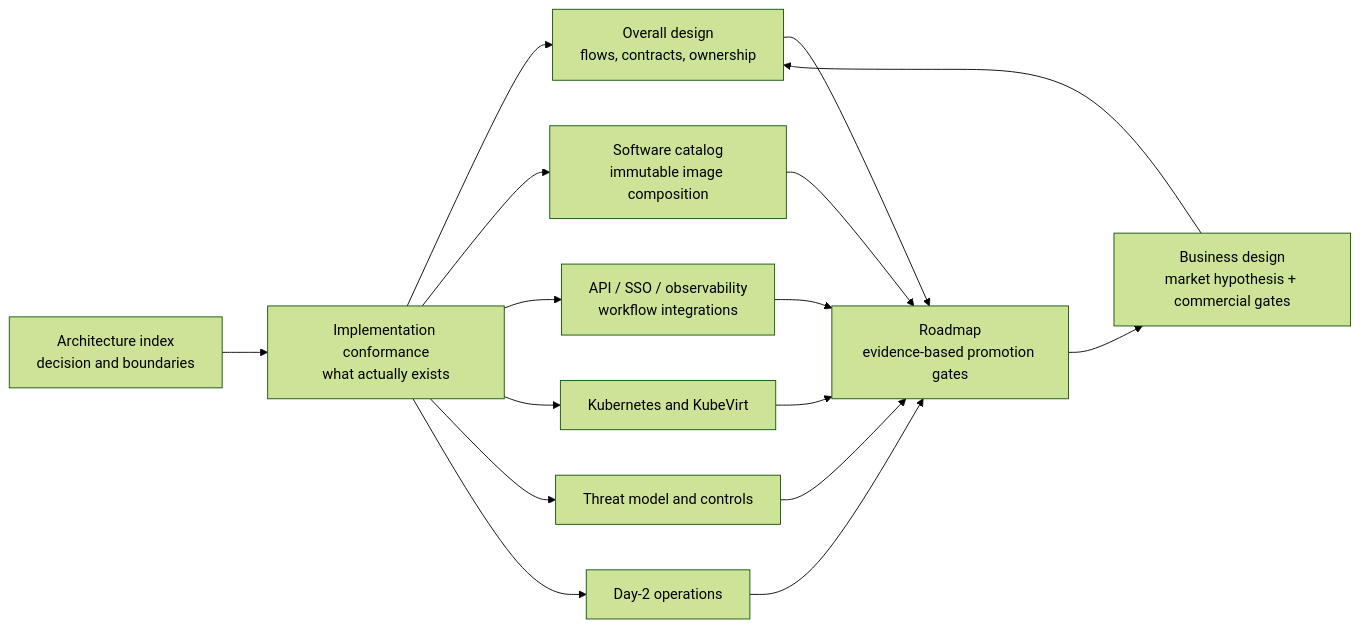
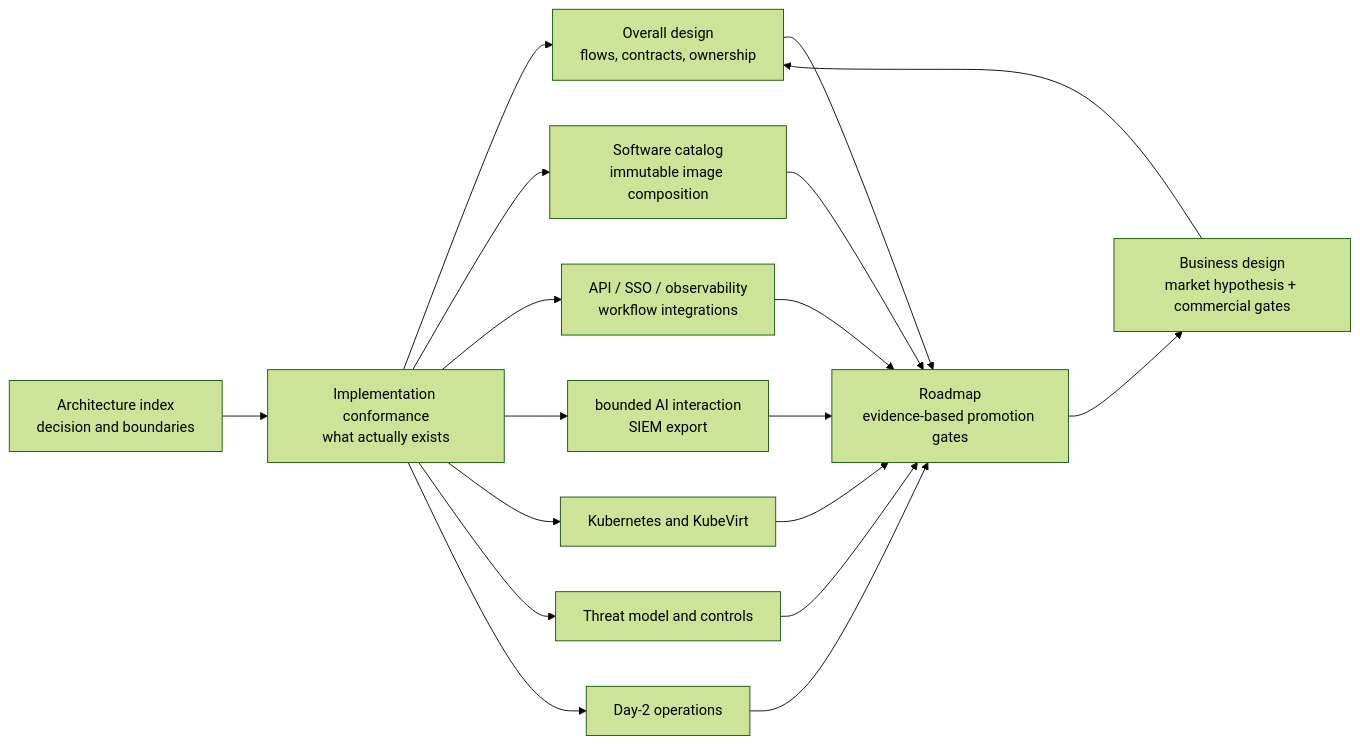
One commit to diaryfolio/MalZone changed the diagram in docs/design/high-level/README.md. Above: the diagram before and after it, drawn with Mermaid (forest theme). The commit also changed other lines of this file and 44 other files, not shown here.

````diff
--- a/docs/design/high-level/README.md
+++ b/docs/design/high-level/README.md
@@ -23,13 +23,14 @@
 ```mermaid
 flowchart LR
     Index["Architecture index<br/>decision and boundaries"] --> Truth["Implementation conformance<br/>what actually exists"]
     Truth --> Overall["Overall design<br/>flows, contracts, ownership"]
     Truth --> Images["Software catalog<br/>immutable image composition"]
     Truth --> Integrations["API / SSO / observability<br/>workflow integrations"]
+    Truth --> Automation["bounded AI interaction<br/>SIEM export"]
     Truth --> Deploy["Kubernetes and KubeVirt"]
     Truth --> Security["Threat model and controls"]
     Truth --> Operations["Day-2 operations"]
     Business["Business design<br/>market hypothesis + commercial gates"] --> Overall
-    Overall & Images & Integrations & Deploy & Security & Operations --> Roadmap["Roadmap<br/>evidence-based promotion gates"]
+    Overall & Images & Integrations & Automation & Deploy & Security & Operations --> Roadmap["Roadmap<br/>evidence-based promotion gates"]
     Roadmap --> Business
 ```
````
